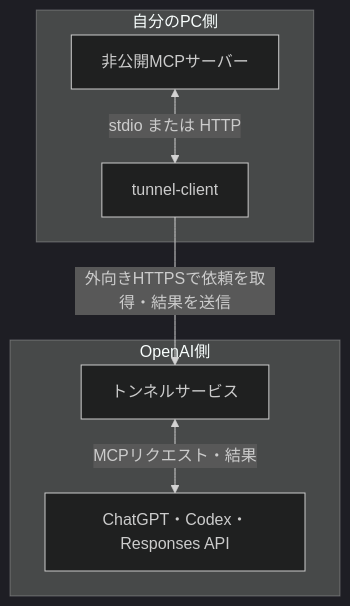
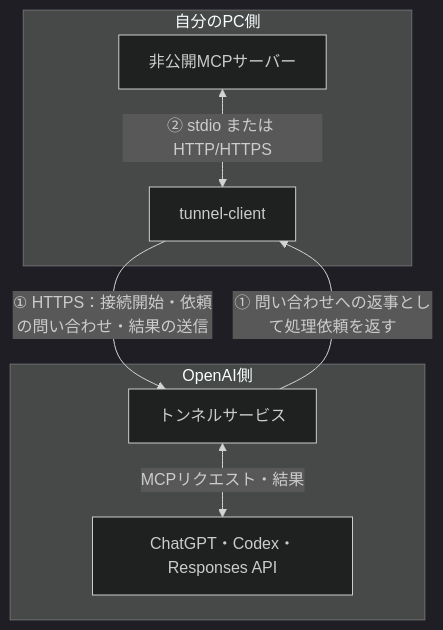
One commit to kkoch5t2/zenn-contents changed the first of 4 diagrams in articles/openai-secure-mcp-tunnel.md. Above: the diagram before and after it, drawn with Mermaid (dark theme). The commit also changed other lines of this file, not shown here.

Commit message:
docs: number tunnel paths and show request return direction

````diff
--- a/articles/openai-secure-mcp-tunnel.md
+++ b/articles/openai-secure-mcp-tunnel.md
@@ -42,14 +42,15 @@
 ```mermaid
 flowchart TB
     subgraph PRIVATE["自分のPC側"]
         MCP["非公開MCPサーバー"]
         CLIENT["tunnel-client"]
-        MCP <-->|"stdio または HTTP"| CLIENT
+        MCP <-->|"② stdio または HTTP/HTTPS"| CLIENT
     end
     subgraph OPENAI["OpenAI側"]
         SERVICE["トンネルサービス"]
         PRODUCT["ChatGPT・Codex・Responses API"]
         SERVICE <-->|"MCPリクエスト・結果"| PRODUCT
     end
-    CLIENT -->|"外向きHTTPSで依頼を取得・結果を送信"| SERVICE
+    CLIENT -->|"① HTTPS：接続開始・依頼の問い合わせ・結果の送信"| SERVICE
+    SERVICE -->|"① 問い合わせへの返事として処理依頼を返す"| CLIENT
 ```
````
